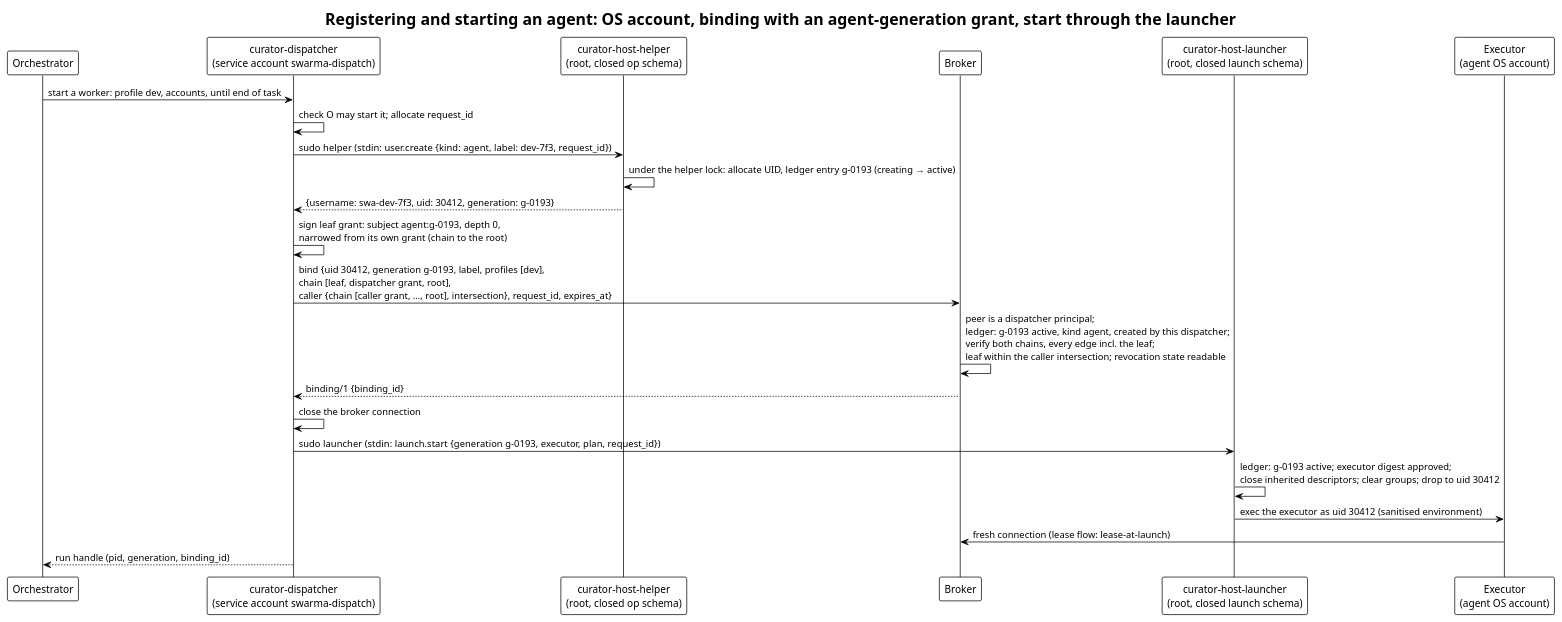
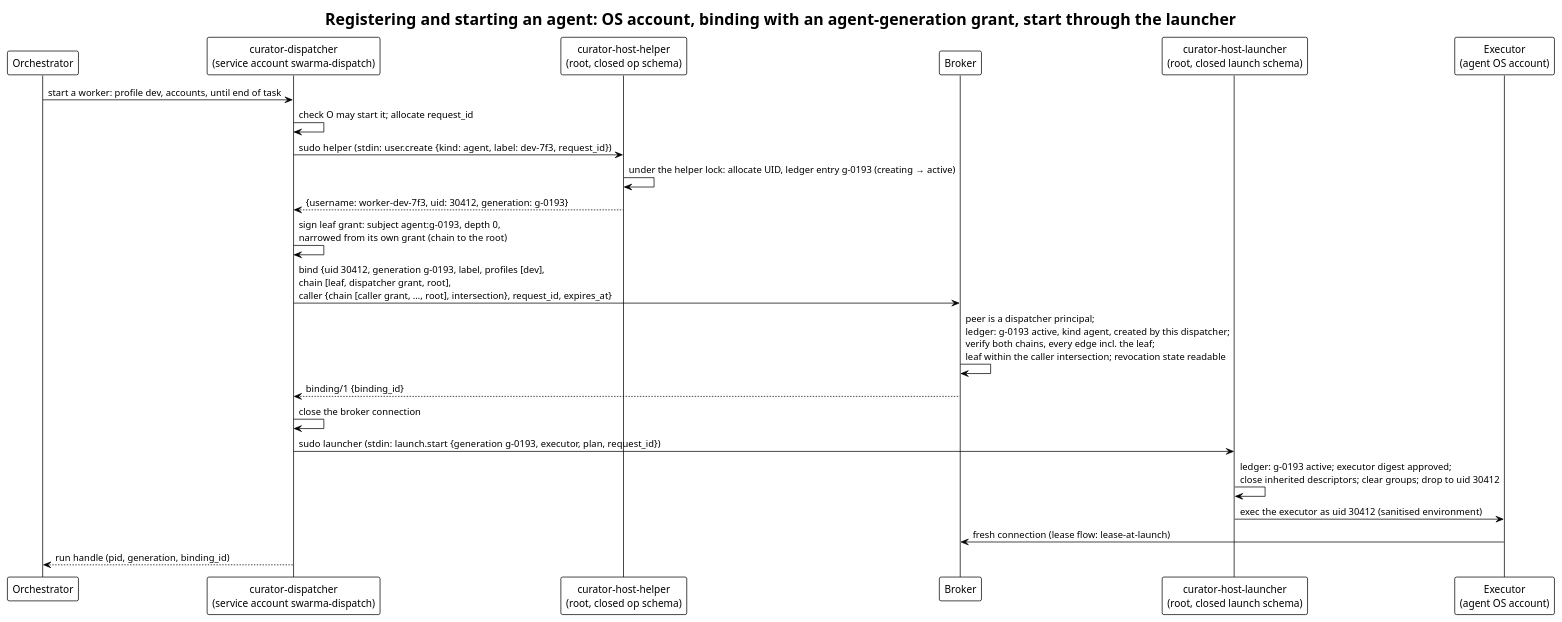
The diagram in diagrams/agent-registration.puml (relux-works/curator-credential-broker), drawn with PlantUML before and after one commit.

Commit message:
Agent accounts are worker-<label>, homes under /opt/swarma/workers (owner decision 2026-10-10)

```diff
--- a/diagrams/agent-registration.puml
+++ b/diagrams/agent-registration.puml
@@ -1,27 +1,27 @@
 @startuml agent-registration
 !theme plain
 title Registering and starting an agent: OS account, binding with an agent-generation grant, start through the launcher
 
 participant "Orchestrator" as O
 participant "curator-dispatcher\n(service account swarma-dispatch)" as D
 participant "curator-host-helper\n(root, closed op schema)" as H
 participant "Broker" as B
 participant "curator-host-launcher\n(root, closed launch schema)" as L
 participant "Executor\n(agent OS account)" as E
 
 O -> D: start a worker: profile dev, accounts, until end of task
 D -> D: check O may start it; allocate request_id
 D -> H: sudo helper  (stdin: user.create {kind: agent, label: dev-7f3, request_id})
 H -> H: under the helper lock: allocate UID, ledger entry g-0193 (creating → active)
-H --> D: {username: swa-dev-7f3, uid: 30412, generation: g-0193}
+H --> D: {username: worker-dev-7f3, uid: 30412, generation: g-0193}
 D -> D: sign leaf grant: subject agent:g-0193, depth 0,\nnarrowed from its own grant (chain to the root)
 D -> B: bind {uid 30412, generation g-0193, label, profiles [dev],\nchain [leaf, dispatcher grant, root],\ncaller {chain [caller grant, …, root], intersection}, request_id, expires_at}
 B -> B: peer is a dispatcher principal;\nledger: g-0193 active, kind agent, created by this dispatcher;\nverify both chains, every edge incl. the leaf;\nleaf within the caller intersection; revocation state readable
 B --> D: binding/1 {binding_id}
 D -> D: close the broker connection
 D -> L: sudo launcher  (stdin: launch.start {generation g-0193, executor, plan, request_id})
 L -> L: ledger: g-0193 active; executor digest approved;\nclose inherited descriptors; clear groups; drop to uid 30412
 L -> E: exec the executor as uid 30412 (sanitised environment)
 E -> B: fresh connection (lease flow: lease-at-launch)
 D --> O: run handle (pid, generation, binding_id)
 @enduml
```
